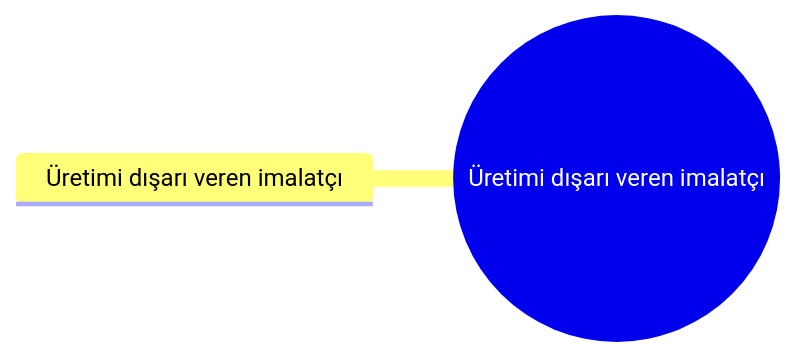
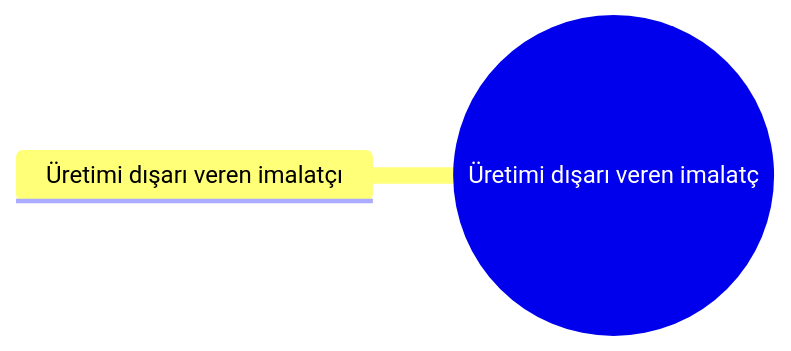
The diagram in 02 İşletmeler/13 Üretim & İmalat/Üretimi dışarı veren imalatçı/Dal – Üretimi dışarı veren imalatçı.md (sametkarabulut-dev/xfuturepos-v2), drawn with Mermaid before and after one commit. The commit also changed other lines of this file and 241 other files, not shown here.

````diff
--- a/02 İşletmeler/13 Üretim & İmalat/Üretimi dışarı veren imalatçı/Dal – Üretimi dışarı veren imalatçı.md
+++ b/02 İşletmeler/13 Üretim & İmalat/Üretimi dışarı veren imalatçı/Dal – Üretimi dışarı veren imalatçı.md
@@ -22,5 +22,5 @@
 ```mermaid
 mindmap
-  root((Üretimi dışarı veren imalatçı))
+  root((Üretimi dışarı veren imalatç))
     Üretimi dışarı veren imalatçı
 ```
````
